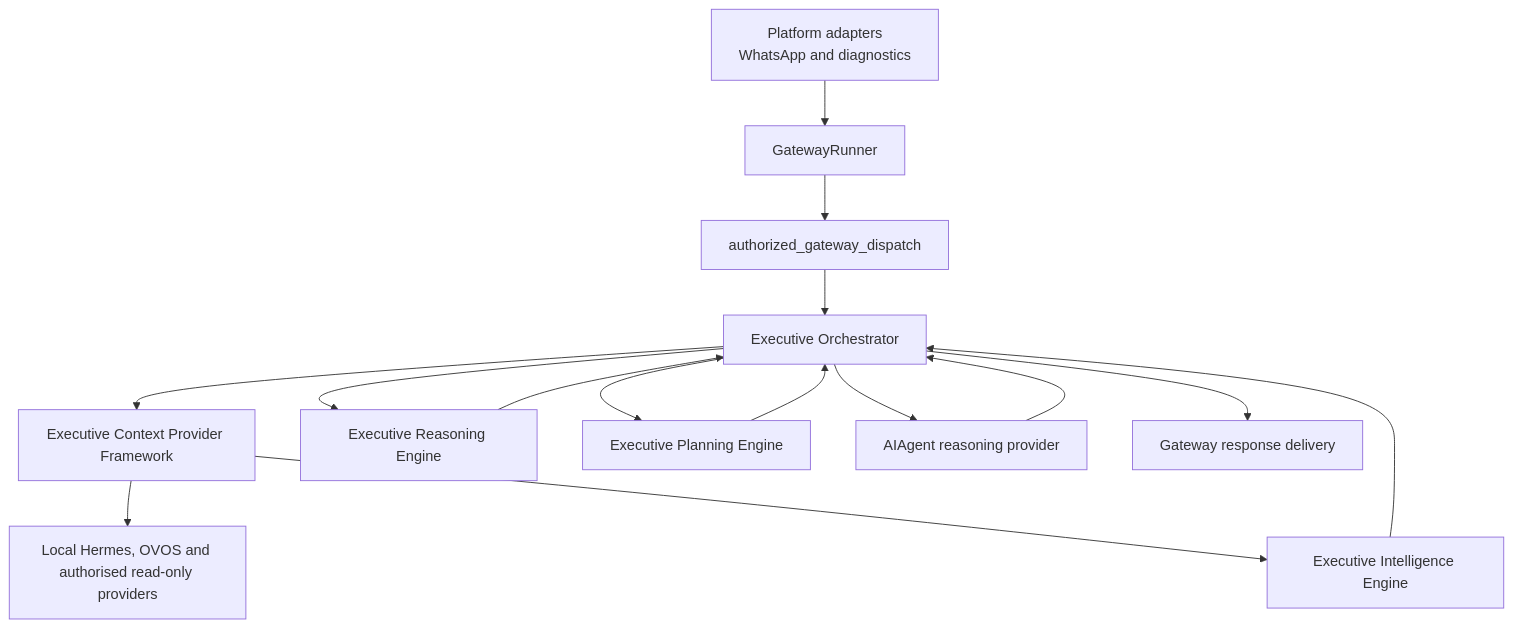
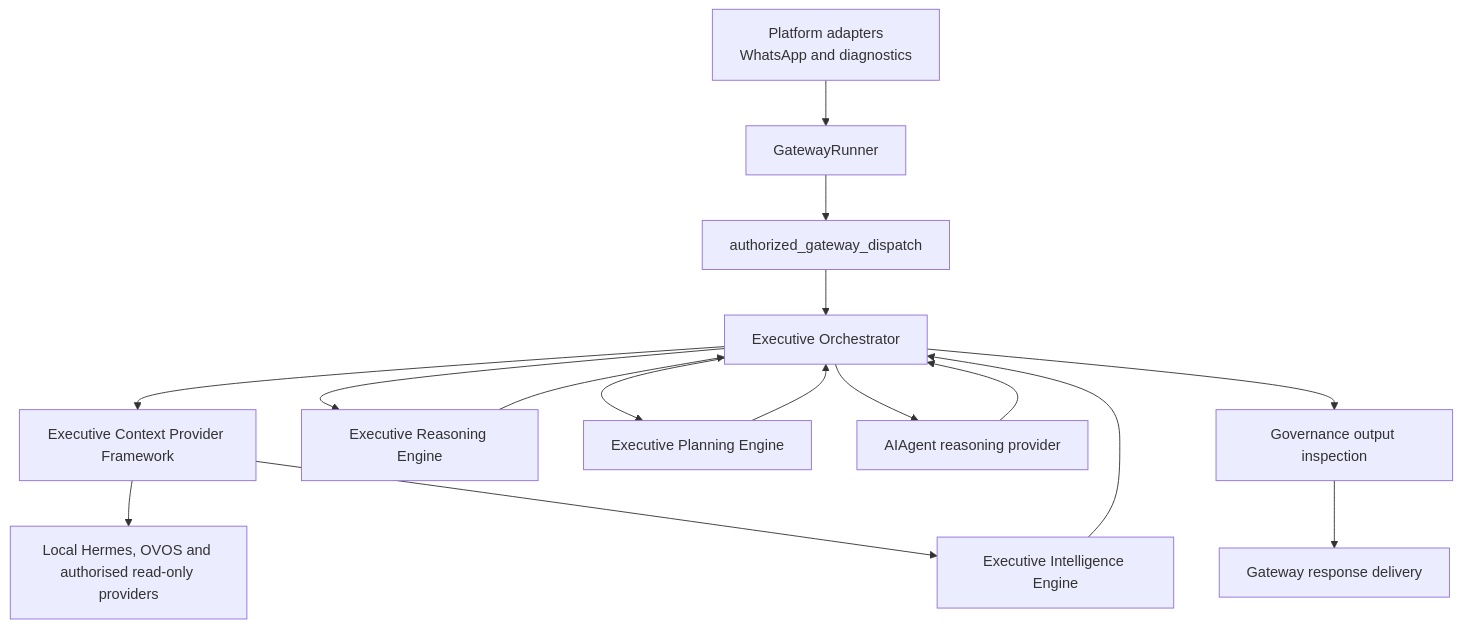
Before and after one commit to nitinteck/hermes-agent: the diagram in docs/architecture/HERMES-LAYERED-ARCHITECTURE-v1.md, drawn with Mermaid. The commit also changed other lines of this file and 54 other files, not shown here.

````diff
--- a/docs/architecture/HERMES-LAYERED-ARCHITECTURE-v1.md
+++ b/docs/architecture/HERMES-LAYERED-ARCHITECTURE-v1.md
@@ -11,17 +11,18 @@
 ```mermaid
 flowchart TD
   A["Platform adapters<br/>WhatsApp and diagnostics"] --> B["GatewayRunner"]
   B --> C["authorized_gateway_dispatch"]
   C --> D["Executive Orchestrator"]
   D --> E["Executive Context Provider Framework"]
   E --> F["Local Hermes, OVOS and authorised read-only providers"]
   E --> I["Executive Intelligence Engine"]
   I --> D
   D --> R["Executive Reasoning Engine"]
   R --> D
   D --> P["Executive Planning Engine"]
   P --> D
   D --> G["AIAgent reasoning provider"]
   G --> D
-  D --> H["Gateway response delivery"]
+  D --> X["Governance output inspection"]
+  X --> H["Gateway response delivery"]
 ```
````
